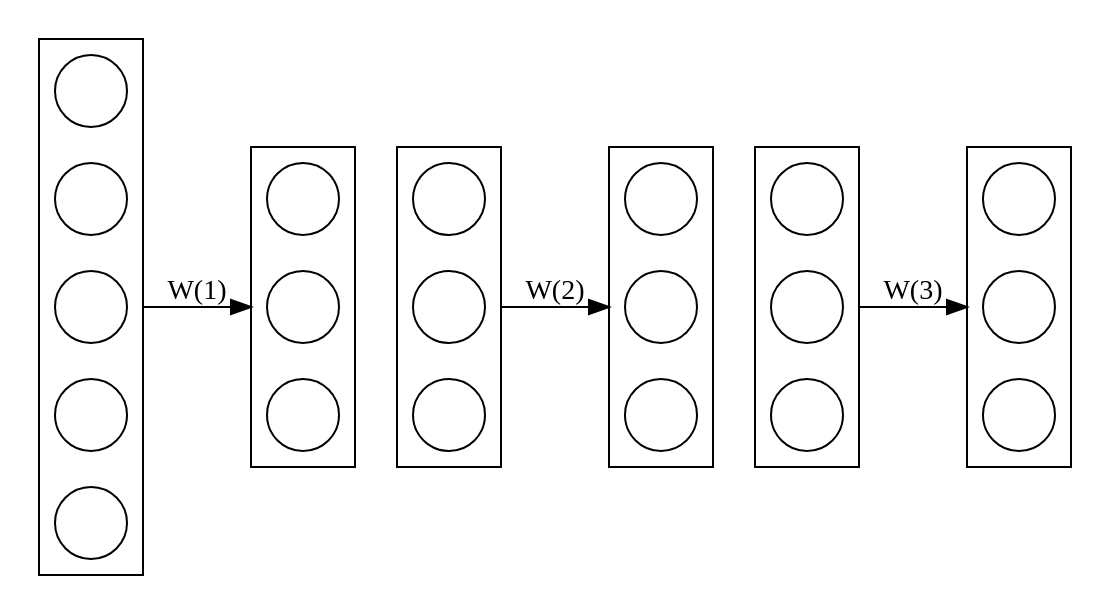
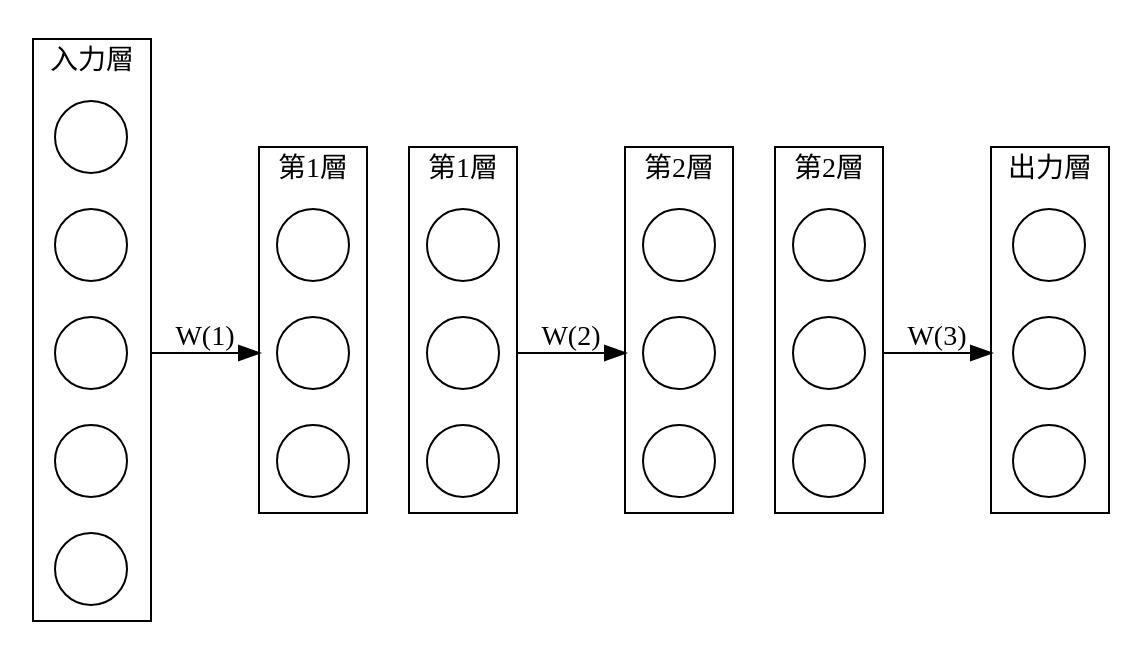
The diagram in images/nn_pretrain2.dot (mtjune/mtjune.github.io), drawn with Graphviz before and after one commit. The commit also changed 5 other files, not shown here.

```diff
--- a/images/nn_pretrain2.dot
+++ b/images/nn_pretrain2.dot
@@ -1,60 +1,63 @@
 digraph G {
 
   compound = true;
   ordering="out";
   rankdir=LR
 	splines=line
 
   node [fixedsize=true];
 
   subgraph cluster_0 {
 		node [style=solid, shape=circle];
 		x1 x2 x3 x4 x5;
-		label = "";
+		label = "入力層";
 	}
 
 	subgraph cluster_1 {
 		node [style=solid, shape=circle];
 		u1_1 u1_2 u1_3;
-		label = "";
+		label = "第1層";
 	}
 
   subgraph cluster_1_d {
 		node [style=solid, shape=circle];
 		u1_1_d u1_2_d u1_3_d;
-		label = "";
+		label = "第1層";
 	}
 
   subgraph cluster_2 {
     node [style=solid, shape=circle];
     u2_1 u2_2 u2_3;
+    label = "第2層";
   }
 
   subgraph cluster_2_d {
     node [style=solid, shape=circle];
     u2_1_d u2_2_d u2_3_d;
+    label = "第2層";
   }
 
   subgraph cluster_3 {
     node [style=solid, shape=circle];
     u3_1 u3_2 u3_3;
+    label = "出力層";
   }
 
 
 
         x1, x2, x3, x4, x5, u1_1, u1_2, u1_3, u2_1, u2_2, u2_3, u3_1, u3_2, u3_3, u1_1_d, u1_2_d, u1_3_d, u2_1_d, u2_2_d, u2_3_d [label=""]
 
 
 
         x3 -> u1_2 [lhead=cluster_1, ltail=cluster_0, label="W(1)"]
         u1_2_d -> u2_2 [lhead=cluster_2, ltail=cluster_1_d, label="W(2)"]
         u2_2_d -> u3_2 [lhead=cluster_3, ltail=cluster_2_d, label="W(3)"]
 
         {
           edge [style=invis];
           u1_2 -> u1_2_d;
           u2_2 -> u2_2_d;
         }
-        
+
 
 }
```
